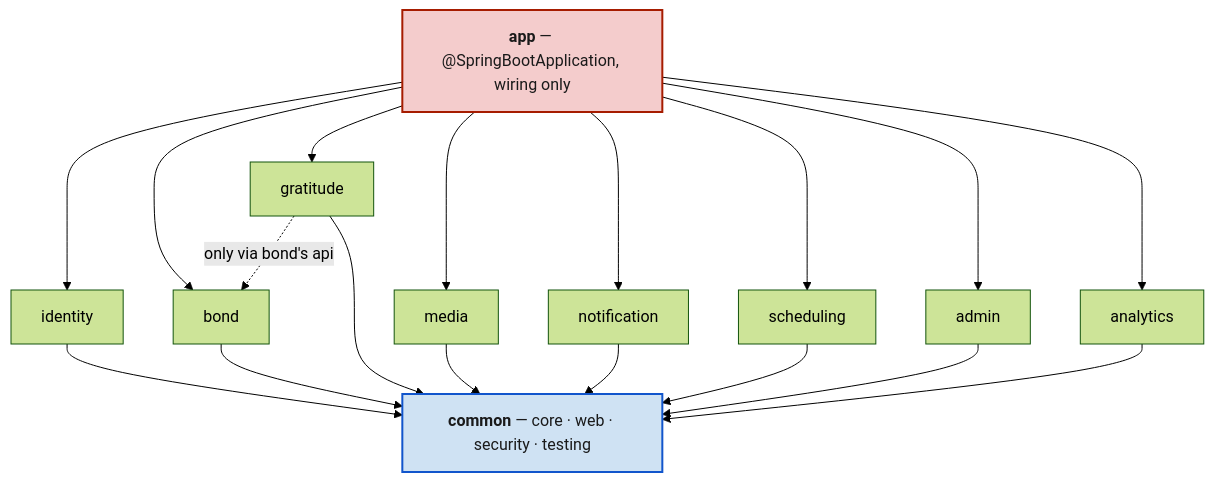
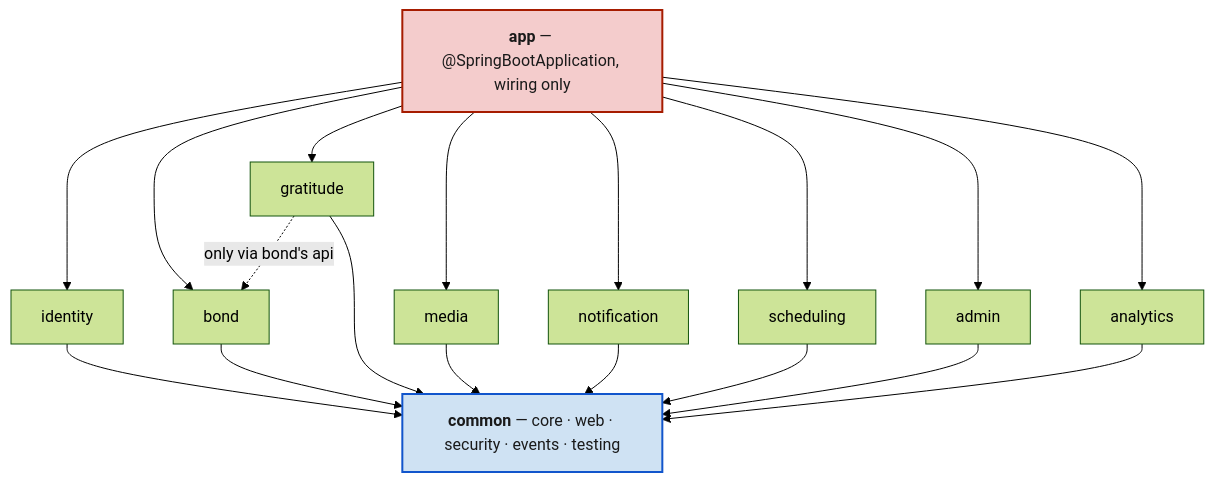
Before and after one commit to Ayodeji97/moyi-backend: the first of 2 diagrams in README.md, drawn with Mermaid (forest theme). The commit also changed other lines of this file and 18 other files, not shown here.

````diff
--- a/README.md
+++ b/README.md
@@ -157,28 +157,28 @@
 ```mermaid
 flowchart TD
     app["<b>app</b> — @SpringBootApplication, wiring only"]
 
     identity["identity"]
     bond["bond"]
     gratitude["gratitude"]
     media["media"]
     notification["notification"]
     scheduling["scheduling"]
     admin["admin"]
     analytics["analytics"]
 
-    common["<b>common</b> — core · web · security · testing"]
+    common["<b>common</b> — core · web · security · events · testing"]
 
     app --> identity & bond & gratitude & media
     app --> notification & scheduling & admin & analytics
 
     identity & bond & gratitude & media --> common
     notification & scheduling & admin & analytics --> common
 
     gratitude -. "only via bond's api" .-> bond
 
     classDef wiring fill:#f4cccc,stroke:#a61c00,stroke-width:2px,color:#1a1a1a
     classDef shared fill:#cfe2f3,stroke:#1155cc,stroke-width:2px,color:#1a1a1a
     class app wiring
     class common shared
 ```
````
